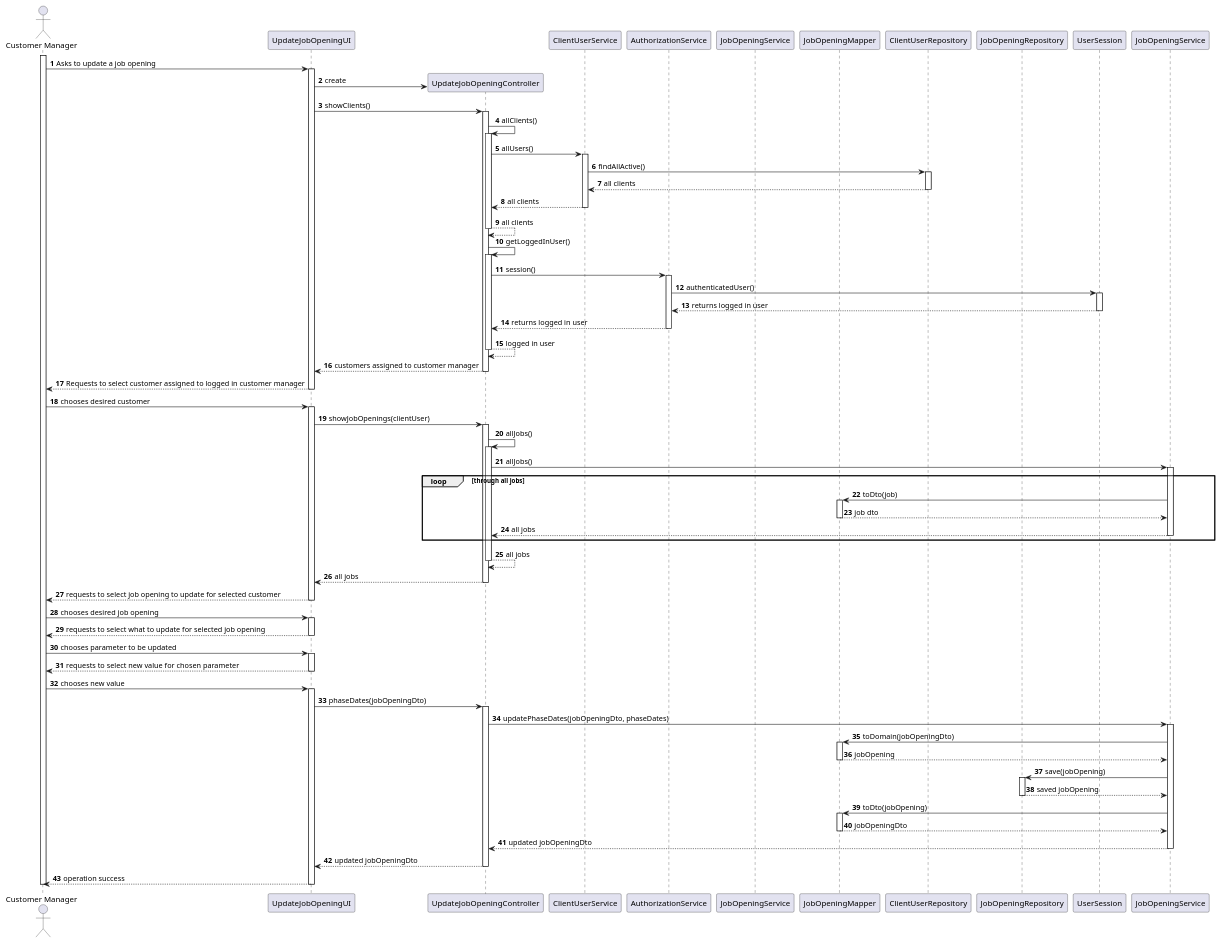
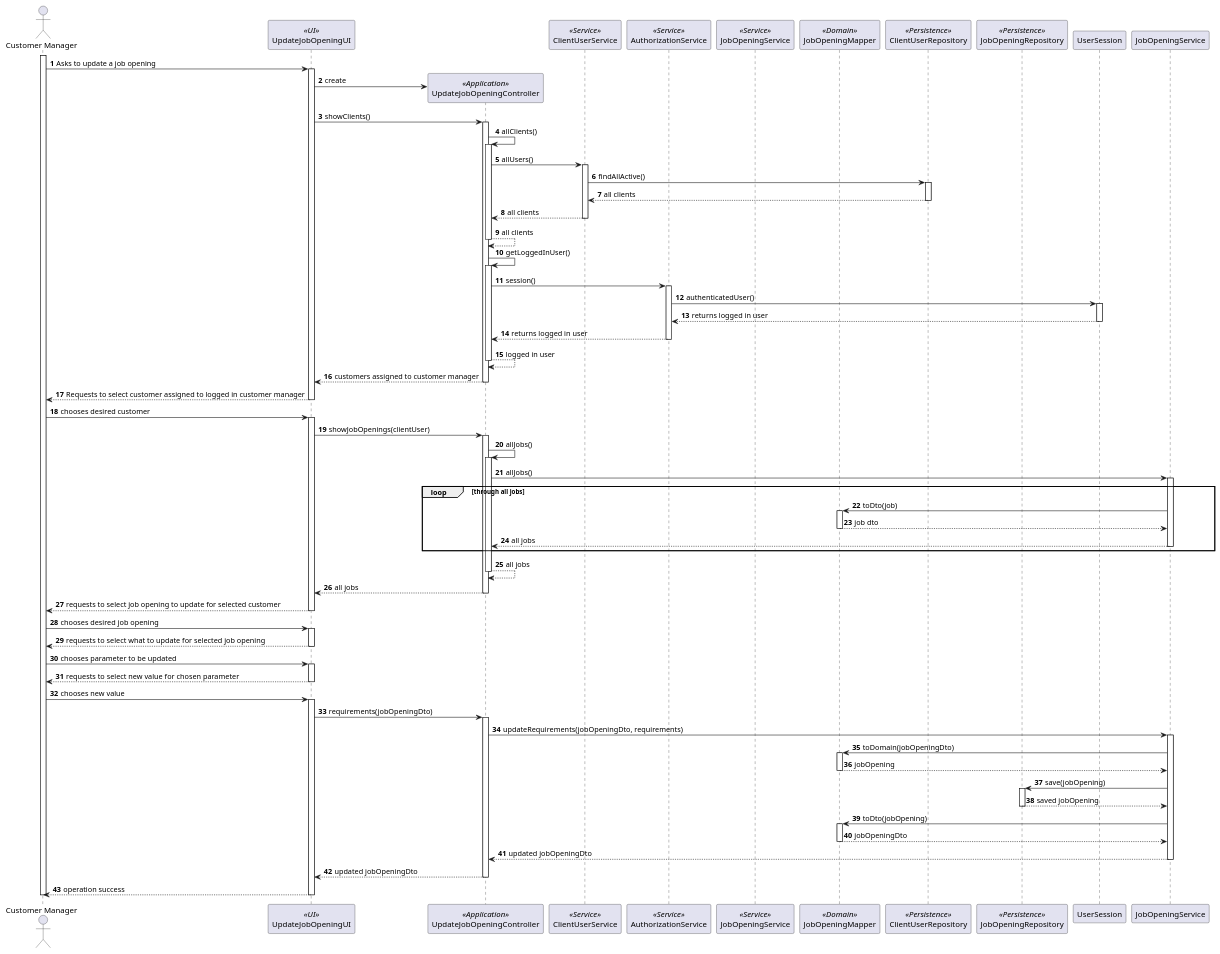
The diagram in docs/sprintB/1009/SD/US1009_SD.puml (marcoferreira37/Lapr4), drawn with PlantUML before and after one commit. The commit also changed 3 other files, not shown here.

```diff
--- a/docs/sprintB/1009/SD/US1009_SD.puml
+++ b/docs/sprintB/1009/SD/US1009_SD.puml
@@ -1,142 +1,140 @@
 @startuml
-'https://plantuml.com/sequence-diagram
 
 autonumber
 
 actor "Customer Manager" as User
-participant "UpdateJobOpeningUI" as UI
-participant "UpdateJobOpeningController" as Controller
-participant "ClientUserService" as ClientUserService
-participant "AuthorizationService" as AuthorizationService
-participant "JobOpeningService" as J2obOpeningService
-participant "JobOpeningMapper" as JobOpeningMapper
-participant "ClientUserRepository" as ClientUserRepository
-participant "JobOpeningRepository" as JobOpeningRepository
+participant "UpdateJobOpeningUI" as UI <<UI>>
+participant "UpdateJobOpeningController" as Controller <<Application>>
+participant "ClientUserService" as ClientUserService <<Service>>
+participant "AuthorizationService" as AuthorizationService <<Service>>
+participant "JobOpeningService" as J2obOpeningService <<Service>>
+participant "JobOpeningMapper" as JobOpeningMapper <<Domain>>
+participant "ClientUserRepository" as ClientUserRepository <<Persistence>>
+participant "JobOpeningRepository" as JobOpeningRepository <<Persistence>>
 
 
 activate User
 
     User -> UI : Asks to update a job opening
     activate UI
 
     UI -> Controller** : create
 
     UI -> Controller: showClients()
     activate Controller
 
     Controller -> Controller : allClients()
         activate Controller
             Controller -> ClientUserService: allUsers()
             activate ClientUserService
                 ClientUserService -> ClientUserRepository: findAllActive()
                 activate ClientUserRepository
                 ClientUserRepository --> ClientUserService: all clients
                 deactivate ClientUserRepository
                 ClientUserService --> Controller: all clients
             deactivate ClientUserService
             Controller --> Controller: all clients
         deactivate Controller
 
         Controller -> Controller: getLoggedInUser()
             activate Controller
             Controller -> AuthorizationService: session()
             activate AuthorizationService
             AuthorizationService -> UserSession: authenticatedUser()
             activate UserSession
             UserSession --> AuthorizationService: returns logged in user
             deactivate UserSession
             AuthorizationService --> Controller: returns logged in user
             deactivate AuthorizationService
                 Controller --> Controller: logged in user
         deactivate Controller
 
         Controller --> UI: customers assigned to customer manager
         deactivate Controller
 
 
 
     UI --> User : Requests to select customer assigned to logged in customer manager
     deactivate UI
 
 
     User -> UI: chooses desired customer
     activate UI
 
 
     UI -> Controller: showJobOpenings(clientUser)
     activate Controller
         Controller -> Controller : allJobs()
         activate Controller
             Controller -> JobOpeningService: allJobs()
             activate JobOpeningService
 
             loop through all jobs
                 JobOpeningService -> JobOpeningMapper: toDto(job)
                 activate JobOpeningMapper
                 JobOpeningMapper --> JobOpeningService: job dto
                 deactivate JobOpeningMapper
                 JobOpeningService --> Controller: all jobs
                 deactivate JobOpeningService
             end
 
             Controller --> Controller : all jobs
         deactivate Controller
 
             Controller --> UI: all jobs
             deactivate Controller
 
 
 
     deactivate Controller
 
 
     UI --> User : requests to select job opening to update for selected customer
     deactivate UI
 
     User -> UI: chooses desired job opening
     activate UI
 
     UI --> User: requests to select what to update for selected job opening
     deactivate UI
 
     User -> UI: chooses parameter to be updated
     activate UI
 
     UI --> User: requests to select new value for chosen parameter
     deactivate UI
 
     User -> UI: chooses new value
     activate UI
 
-            UI -> Controller: phaseDates(jobOpeningDto)
-            activate Controller
-            Controller -> JobOpeningService: updatePhaseDates(jobOpeningDto, phaseDates)
-            activate JobOpeningService
-            JobOpeningService -> JobOpeningMapper: toDomain(jobOpeningDto)
-            activate JobOpeningMapper
-            JobOpeningMapper --> JobOpeningService: jobOpening
-            deactivate JobOpeningMapper
+                UI -> Controller: requirements(jobOpeningDto)
+                activate Controller
+                Controller -> JobOpeningService: updateRequirements(jobOpeningDto, requirements)
+                activate JobOpeningService
+                JobOpeningService -> JobOpeningMapper: toDomain(jobOpeningDto)
+                activate JobOpeningMapper
+                JobOpeningMapper --> JobOpeningService: jobOpening
+                deactivate JobOpeningMapper
 
-            JobOpeningService -> JobOpeningRepository: save(jobOpening)
-            activate JobOpeningRepository
-            JobOpeningRepository --> JobOpeningService: saved jobOpening
-            deactivate JobOpeningRepository
+                JobOpeningService -> JobOpeningRepository: save(jobOpening)
+                activate JobOpeningRepository
+                JobOpeningRepository --> JobOpeningService: saved jobOpening
+                deactivate JobOpeningRepository
 
-            JobOpeningService -> JobOpeningMapper: toDto(jobOpening)
-            activate JobOpeningMapper
-            JobOpeningMapper --> JobOpeningService: jobOpeningDto
-            deactivate JobOpeningMapper
+                JobOpeningService -> JobOpeningMapper: toDto(jobOpening)
+                activate JobOpeningMapper
+                JobOpeningMapper --> JobOpeningService: jobOpeningDto
+                deactivate JobOpeningMapper
 
-            JobOpeningService --> Controller: updated jobOpeningDto
-            deactivate JobOpeningService
-            Controller --> UI: updated jobOpeningDto
-            deactivate Controller
+                JobOpeningService --> Controller: updated jobOpeningDto
+                deactivate JobOpeningService
+                Controller --> UI: updated jobOpeningDto
+                deactivate Controller
 
 
-        deactivate Controller
 
     UI --> User: operation success
     deactivate UI
 
 deactivate User
 @enduml
```
